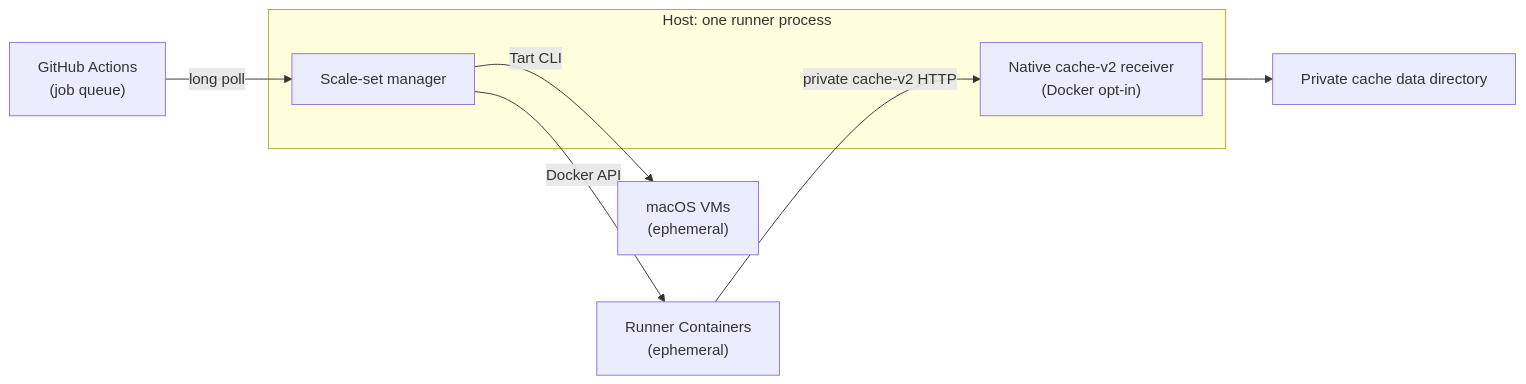
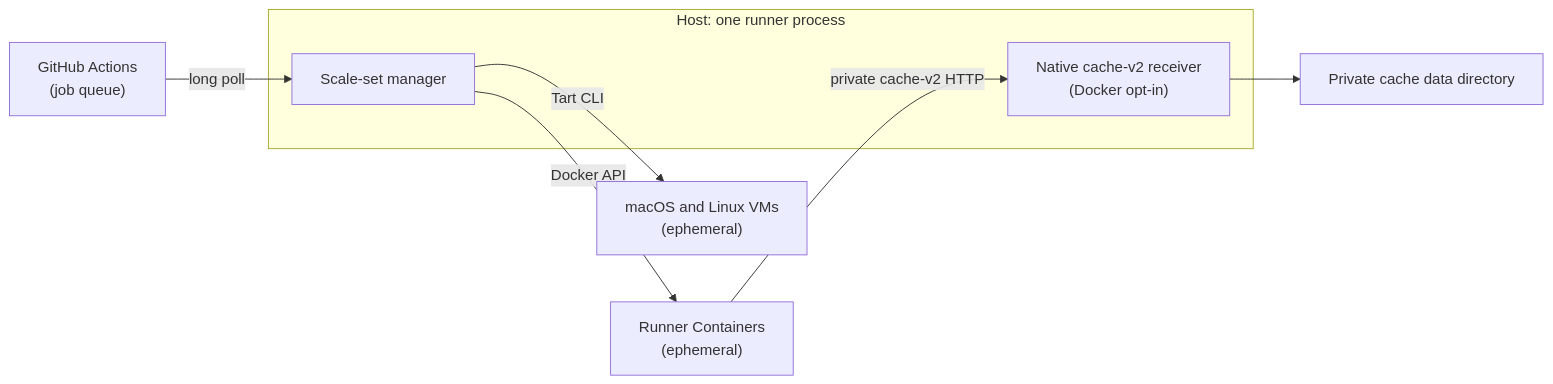
Before and after one commit to ysya/runscaler: the diagram in README.md, drawn with Mermaid. The commit also changed other lines of this file and 34 other files, not shown here.

First line of the commit message:
feat(tart): support guest-aware macOS and Linux VMs (#67)

````diff
--- a/README.md
+++ b/README.md
@@ -35,12 +35,12 @@
 ```mermaid
 flowchart LR
     A["GitHub Actions<br/>(job queue)"] -- long poll --> B
     subgraph H["Host: one runner process"]
         B["Scale-set manager"]
         E["Native cache-v2 receiver<br/>(Docker opt-in)"]
     end
     B -- Docker API --> C["Runner Containers<br/>(ephemeral)"]
-    B -- Tart CLI --> D["macOS VMs<br/>(ephemeral)"]
+    B -- Tart CLI --> D["macOS and Linux VMs<br/>(ephemeral)"]
     C -- private cache-v2 HTTP --> E
     E --> F["Private cache data directory"]
 ```
````
